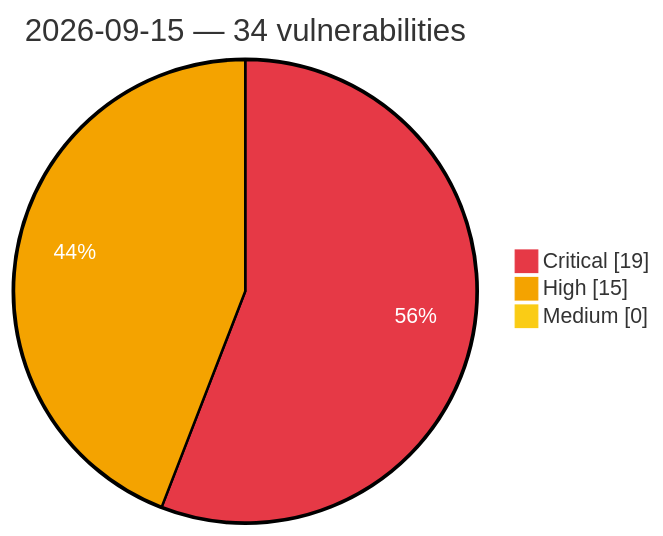
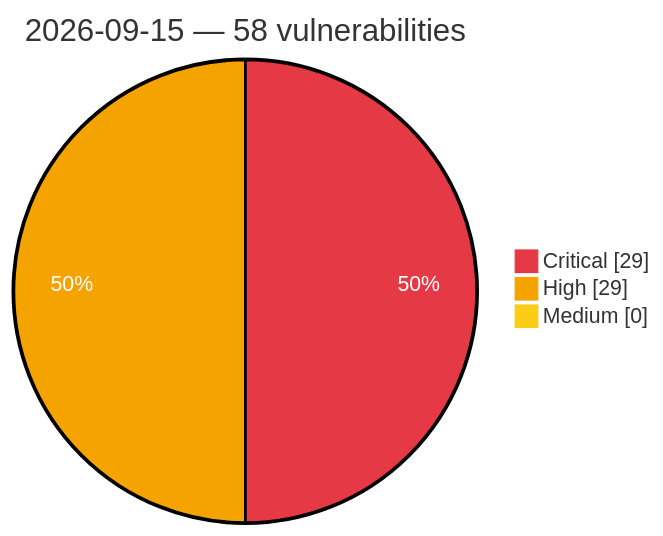
One commit to GhostX0X/vuln-tracker changed the diagram in vulnerabilities/2026/September/2026-09-15.md. Above: the diagram before and after it, drawn with Mermaid. The commit also changed other lines of this file and 5 other files, not shown here.

Commit message:
Auto update: critical/high vulns (2026-09-15 17:17 UTC)

````diff
--- a/vulnerabilities/2026/September/2026-09-15.md
+++ b/vulnerabilities/2026/September/2026-09-15.md
@@ -3,8 +3,8 @@
 ```mermaid
 %%{init: {'theme':'base', 'themeVariables': {'pie1':'#e63946', 'pie2':'#f4a300', 'pie3':'#facc15', 'pieOpacity':'1', 'pieOuterStrokeWidth':'2px', 'pieSectionTextColor':'#ffffff'}}}%%
 pie showData
-    title 2026-09-15 — 34 vulnerabilities
-    "Critical" : 19
-    "High" : 15
+    title 2026-09-15 — 58 vulnerabilities
+    "Critical" : 29
+    "High" : 29
     "Medium" : 0
 ```
````
